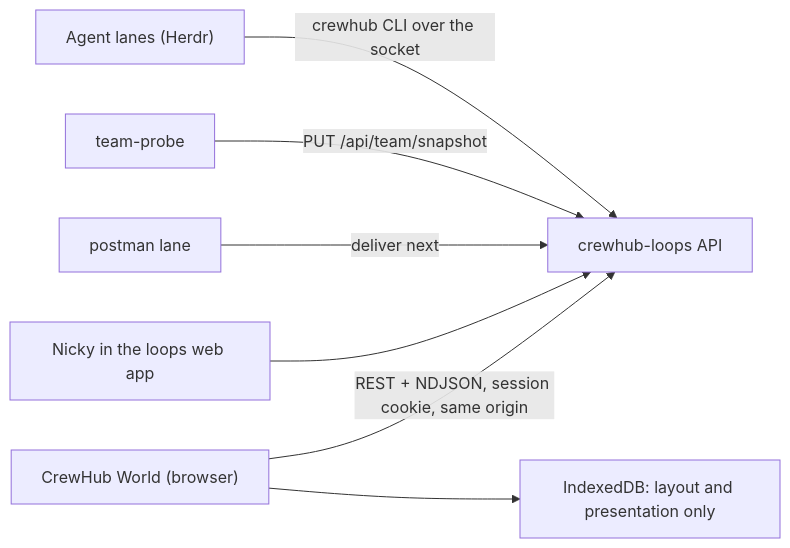
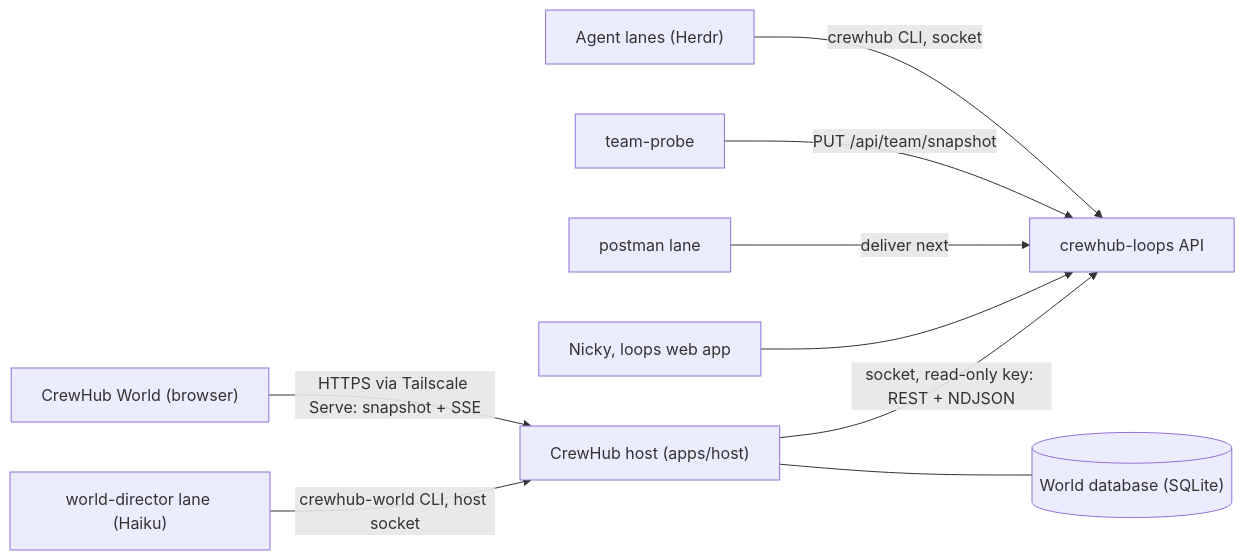
The diagram in docs/LOOPS_INTEGRATION_PLAN.md (EKINSOL-DEV/crewhub2), drawn with Mermaid before and after one commit. The commit also changed other lines of this file and 1 other file, not shown here.

First line of the commit message:
Revise the loops plan after Nicky's answers

````diff
--- a/docs/LOOPS_INTEGRATION_PLAN.md
+++ b/docs/LOOPS_INTEGRATION_PLAN.md
@@ -131,9 +158,11 @@
 ```mermaid
 flowchart LR
-  Agents["Agent lanes (Herdr)"] -- "crewhub CLI over the socket" --> Loops["crewhub-loops API"]
+  Agents["Agent lanes (Herdr)"] -- "crewhub CLI, socket" --> Loops["crewhub-loops API"]
   Probe["team-probe"] -- "PUT /api/team/snapshot" --> Loops
   Postman["postman lane"] -- "deliver next" --> Loops
-  People["Nicky in the loops web app"] --> Loops
-  World["CrewHub World (browser)"] -- "REST + NDJSON, session cookie, same origin" --> Loops
-  World --> Local["IndexedDB: layout and presentation only"]
+  People["Nicky, loops web app"] --> Loops
+  Host["CrewHub host (apps/host)"] -- "socket, read-only key: REST + NDJSON" --> Loops
+  Host --- DB[("World database (SQLite)")]
+  Browser["CrewHub World (browser)"] -- "HTTPS via Tailscale Serve: snapshot + SSE" --> Host
+  Director["world-director lane (Haiku)"] -- "crewhub-world CLI, host socket" --> Host
 ```
````
